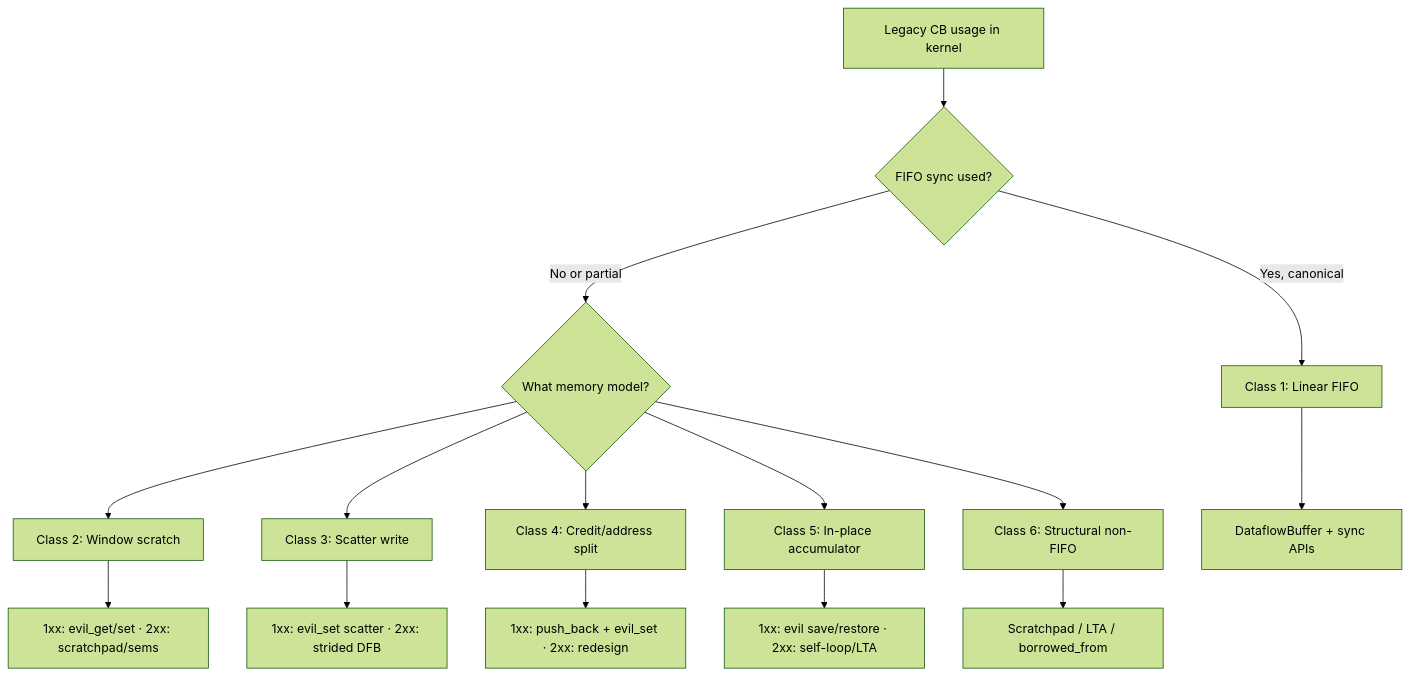
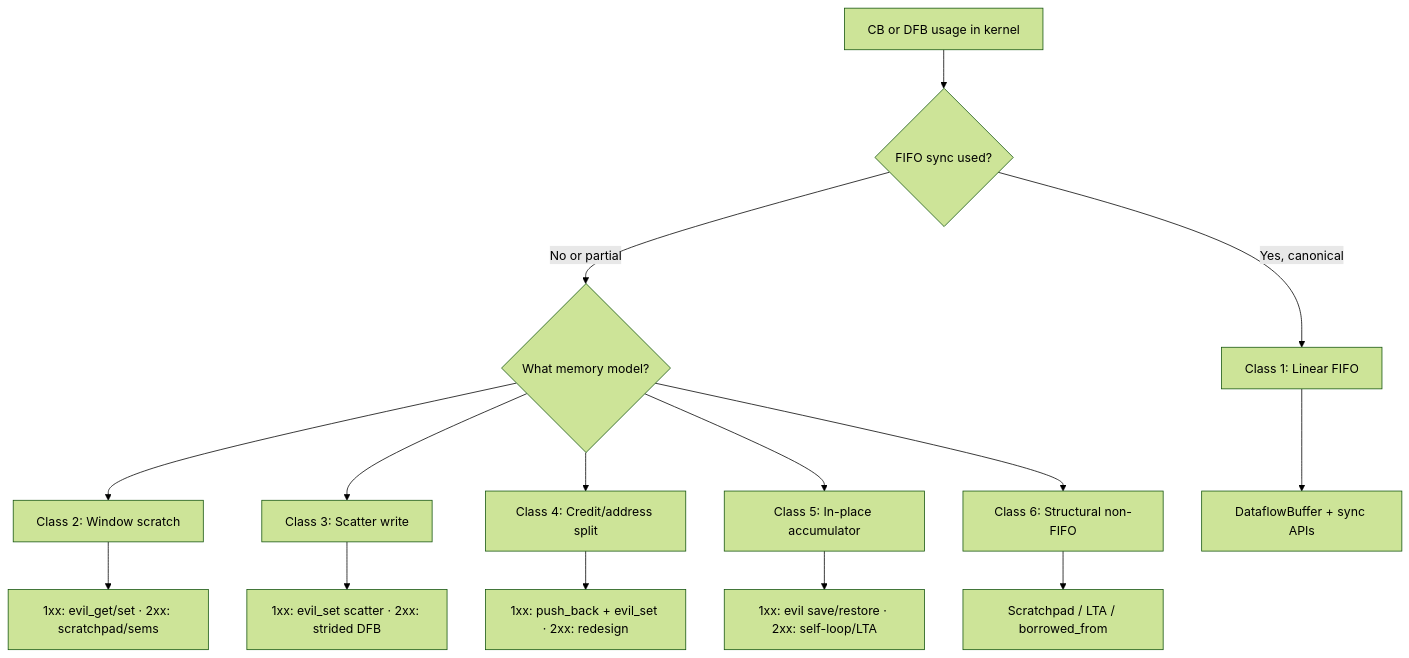
Before and after one commit to ZacLou/tt-metal: the second of 2 diagrams in docs/source/tt-metalium/tt_metal/apis/host_apis/metal_2.0/ai/audit/cb_dfb_quasar_audit_helper.md, drawn with Mermaid (forest theme). The commit also changed other lines of this file and 3 other files, not shown here.

````diff
--- a/docs/source/tt-metalium/tt_metal/apis/host_apis/metal_2.0/ai/audit/cb_dfb_quasar_audit_helper.md
+++ b/docs/source/tt-metalium/tt_metal/apis/host_apis/metal_2.0/ai/audit/cb_dfb_quasar_audit_helper.md
@@ -286,17 +331,17 @@
 ```mermaid
 flowchart TD
-    A[Legacy CB usage in kernel] --> B{FIFO sync used?}
+    A[CB or DFB usage in kernel] --> B{FIFO sync used?}
     B -->|Yes, canonical| C[Class 1: Linear FIFO]
     B -->|No or partial| D{What memory model?}
     D --> E[Class 2: Window scratch]
     D --> F[Class 3: Scatter write]
     D --> G[Class 4: Credit/address split]
     D --> H[Class 5: In-place accumulator]
     D --> I[Class 6: Structural non-FIFO]
     C --> J[DataflowBuffer + sync APIs]
     E --> K["1xx: evil_get/set · 2xx: scratchpad/sems"]
     F --> L["1xx: evil_set scatter · 2xx: strided DFB"]
     G --> M["1xx: push_back + evil_set · 2xx: redesign"]
     H --> N["1xx: evil save/restore · 2xx: self-loop/LTA"]
     I --> O[Scratchpad / LTA / borrowed_from]
 ```
````
